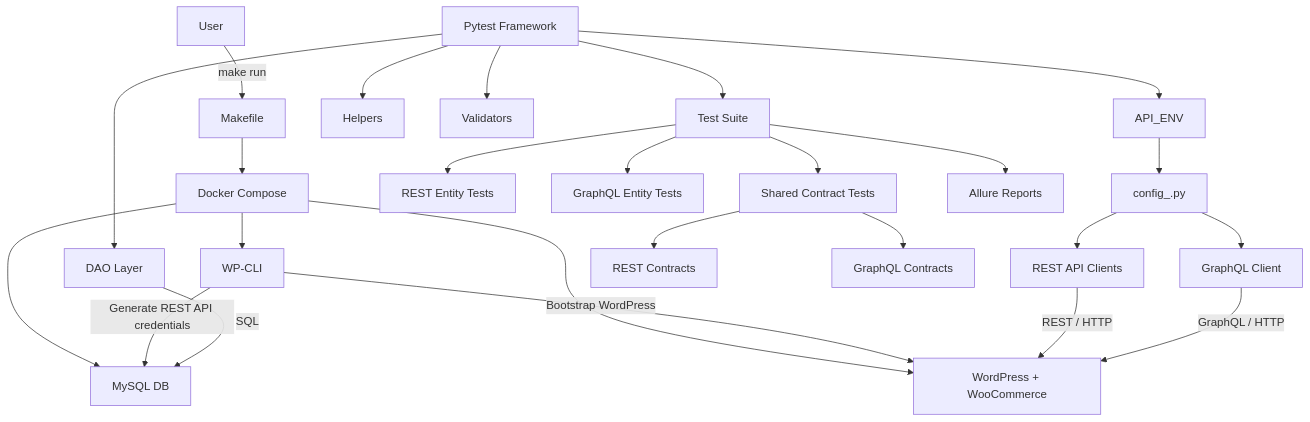
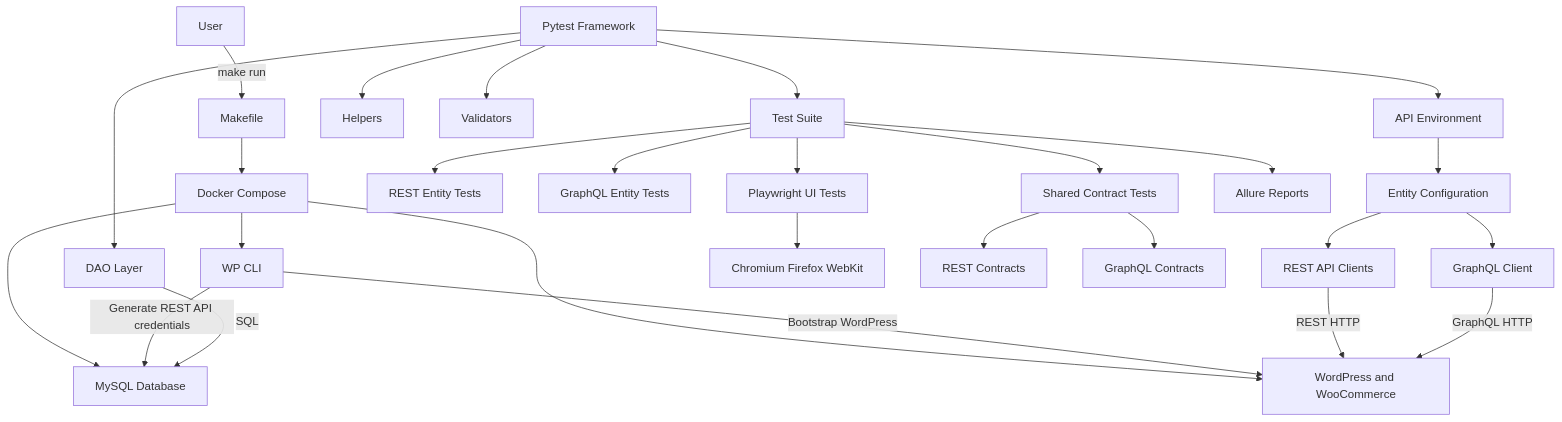
The diagram in README.md (Kwakic/TestingWoocommerceAPI), drawn with Mermaid before and after one commit. The commit also changed other lines of this file and 13 other files, not shown here.

````diff
--- a/README.md
+++ b/README.md
@@ -342,46 +367,46 @@
 ```mermaid
 flowchart TD
 
     %% --------------------------------------------------
     %% Infrastructure
     %% --------------------------------------------------
-
     A[User] -->|make run| B[Makefile]
     B --> C[Docker Compose]
 
-    C --> D[MySQL DB]
-    C --> E[WordPress + WooCommerce]
-    C --> F[WP-CLI]
+    C --> D[MySQL Database]
+    C --> E[WordPress and WooCommerce]
+    C --> F[WP CLI]
 
     F -->|Bootstrap WordPress| E
     F -->|Generate REST API credentials| D
 
-    %% --------------------------------------------------
     %% Framework
-    %% --------------------------------------------------
+    G[Pytest Framework] --> N[API Environment]
+    N --> O[Entity Configuration]
 
-    G[Pytest Framework] --> N[API_ENV]
-    N --> O[config_<entity>.py]
     O --> H[REST API Clients]
     O --> Q[GraphQL Client]
 
     G --> I[Helpers]
     G --> J[Validators]
     G --> K[DAO Layer]
 
-    H -->|REST / HTTP| E
-    Q -->|GraphQL / HTTP| E
+    H -->|REST HTTP| E
+    Q -->|GraphQL HTTP| E
     K -->|SQL| D
 
-    %% --------------------------------------------------
-    %% Tests & Reporting
-    %% --------------------------------------------------
+    %% Tests and Reporting
+    G --> L[Test Suite]
 
-    G --> L[Test Suite]
     L --> R[REST Entity Tests]
     L --> S[GraphQL Entity Tests]
+
+    L --> W[Playwright UI Tests]
+    W --> X[Chromium Firefox WebKit]
+
     L --> T[Shared Contract Tests]
     T --> U[REST Contracts]
     T --> V[GraphQL Contracts]
+
     L --> M[Allure Reports]
 ```
````
